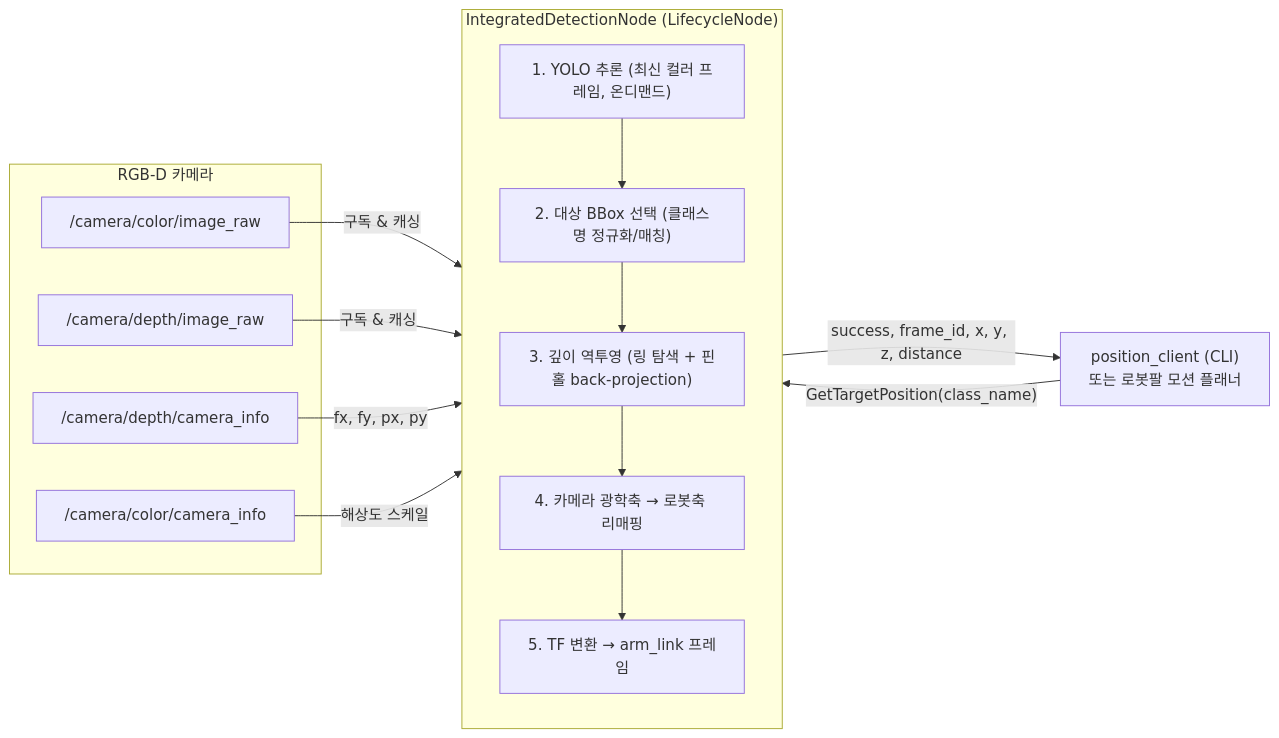
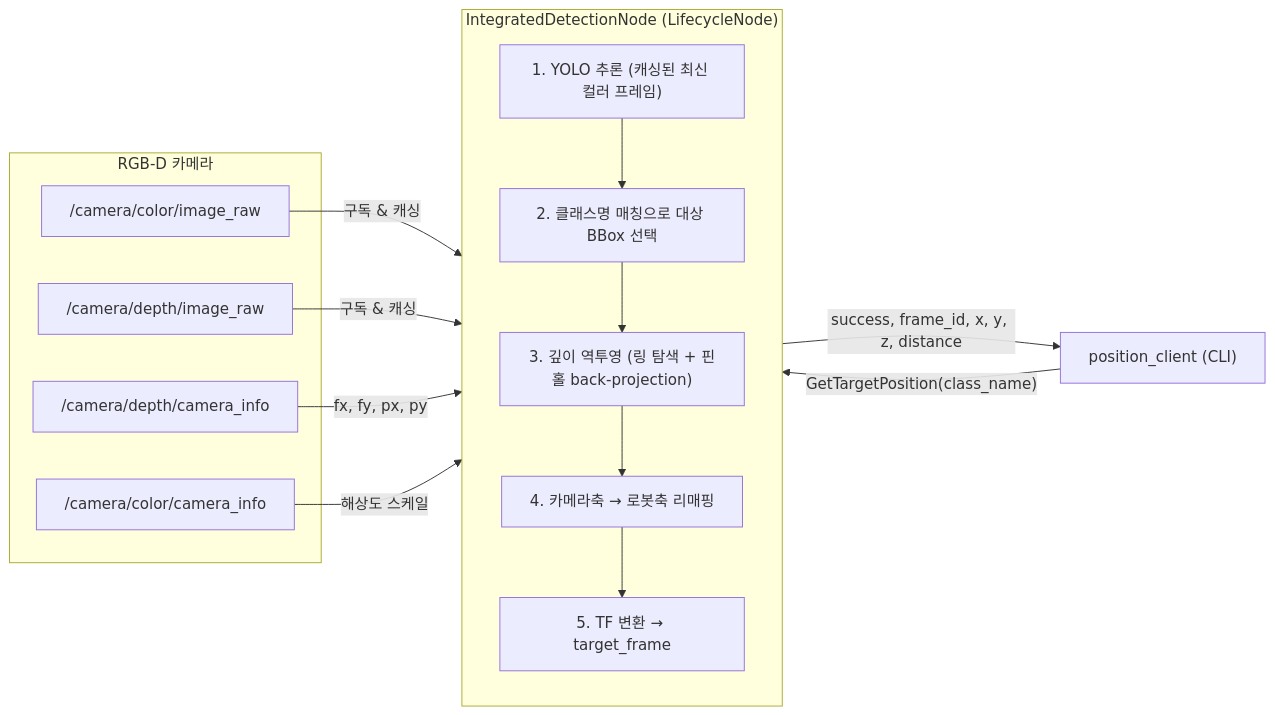
One commit to Roka-jsj/object_detection changed the diagram in README.md. Above: the diagram before and after it, drawn with Mermaid. The commit also changed other lines of this file, not shown here.

````diff
--- a/README.md
+++ b/README.md
@@ -59,29 +60,29 @@
 ```mermaid
 flowchart LR
     subgraph SENSOR["RGB-D 카메라"]
         C1["/camera/color/image_raw"]
         C2["/camera/depth/image_raw"]
         C3["/camera/depth/camera_info"]
         C4["/camera/color/camera_info"]
     end
 
     subgraph NODE["IntegratedDetectionNode (LifecycleNode)"]
         direction TB
-        Y["1. YOLO 추론 (최신 컬러 프레임, 온디맨드)"]
-        B["2. 대상 BBox 선택 (클래스명 정규화/매칭)"]
+        Y["1. YOLO 추론 (캐싱된 최신 컬러 프레임)"]
+        B["2. 클래스명 매칭으로 대상 BBox 선택"]
         D["3. 깊이 역투영 (링 탐색 + 핀홀 back-projection)"]
-        R["4. 카메라 광학축 → 로봇축 리매핑"]
-        T["5. TF 변환 → arm_link 프레임"]
+        R["4. 카메라축 → 로봇축 리매핑"]
+        T["5. TF 변환 → target_frame"]
         Y --> B --> D --> R --> T
     end
 
-    CLIENT["position_client (CLI)<br/>또는 로봇팔 모션 플래너"]
+    CLIENT["position_client (CLI)"]
 
     C1 -->|구독 & 캐싱| NODE
     C2 -->|구독 & 캐싱| NODE
     C3 -->|fx, fy, px, py| NODE
     C4 -->|해상도 스케일| NODE
 
     CLIENT -->|"GetTargetPosition(class_name)"| Y
     T -->|"success, frame_id, x, y, z, distance"| CLIENT
 ```
````
